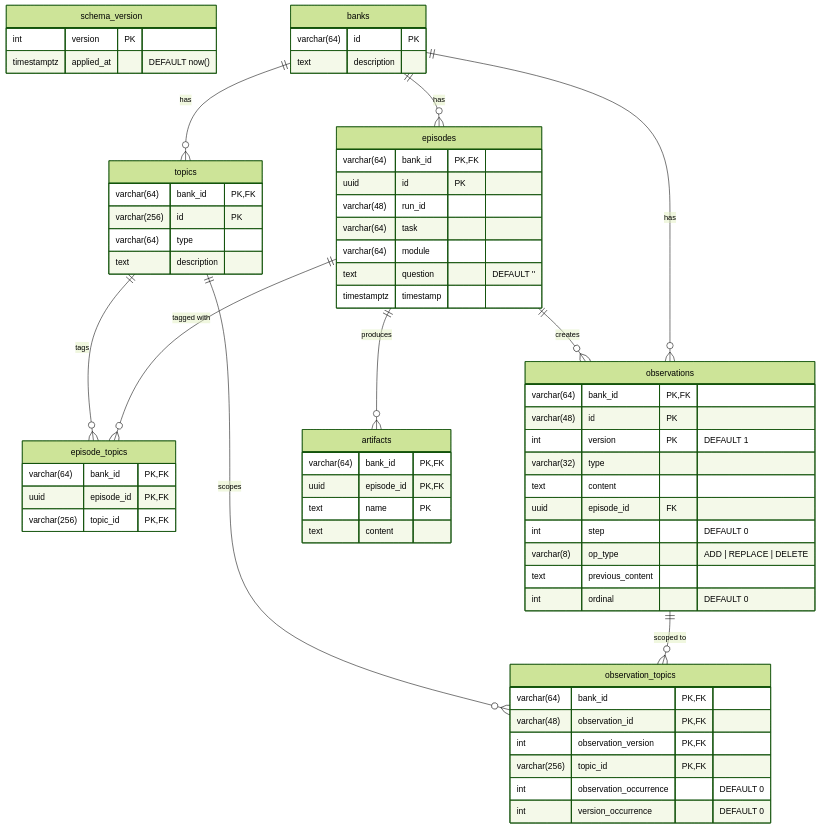
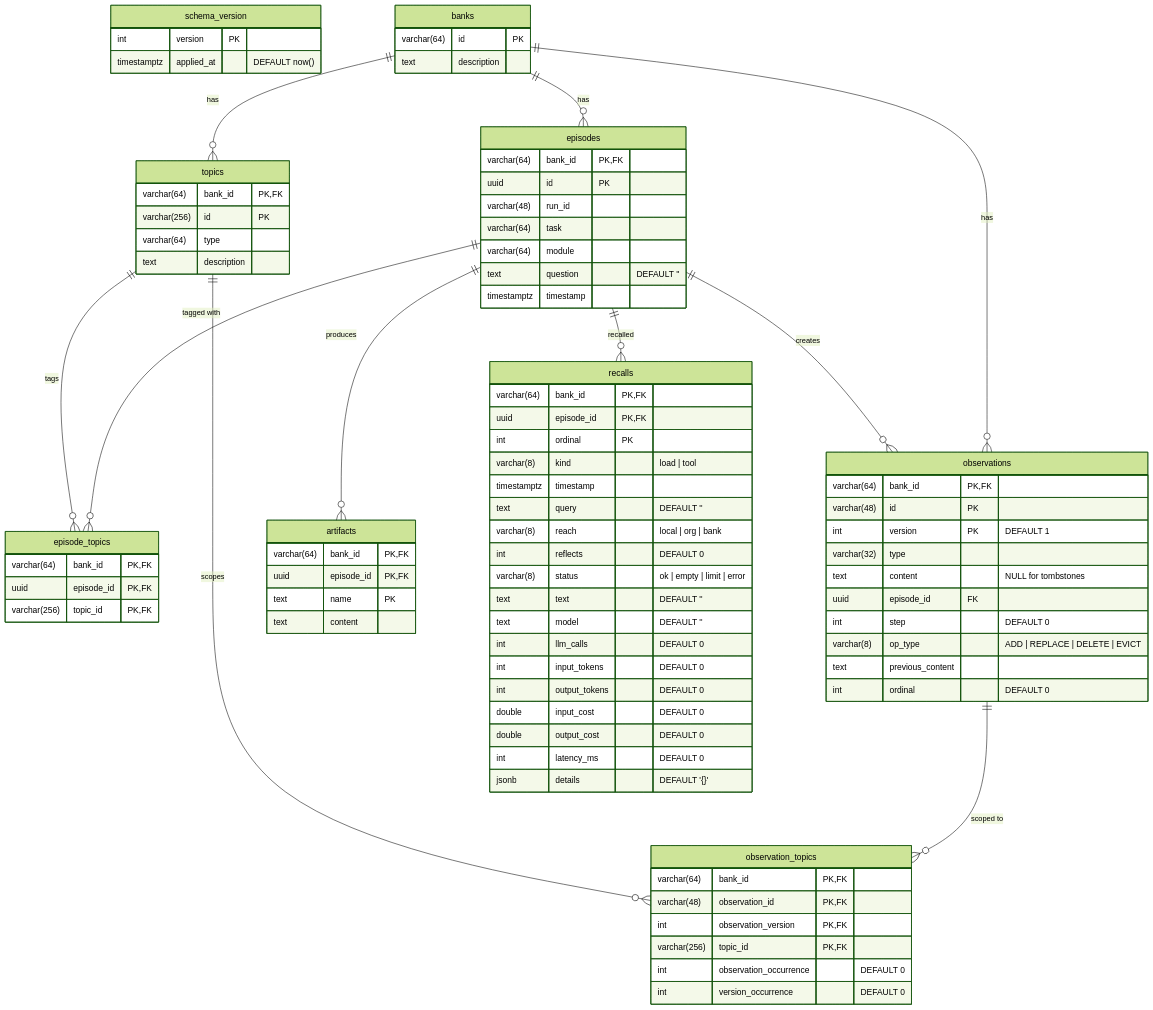
The diagram in docs/memory.md (khezen/codespy), drawn with Mermaid (forest theme) before and after one commit. The commit also changed other lines of this file and 32 other files, not shown here.

````diff
--- a/docs/memory.md
+++ b/docs/memory.md
@@ -112,10 +122,10 @@
         varchar(48) id PK
         int version PK "DEFAULT 1"
         varchar(32) type
-        text content
+        text content "NULL for tombstones"
         uuid episode_id FK
         int step "DEFAULT 0"
-        varchar(8) op_type "ADD | REPLACE | DELETE"
+        varchar(8) op_type "ADD | REPLACE | DELETE | EVICT"
         text previous_content
         int ordinal "DEFAULT 0"
     }
@@ -136,6 +146,27 @@
         text content
     }
 
+    recalls {
+        varchar(64) bank_id PK, FK
+        uuid episode_id PK, FK
+        int ordinal PK
+        varchar(8) kind "load | tool"
+        timestamptz timestamp
+        text query "DEFAULT ''"
+        varchar(8) reach "local | org | bank"
+        int reflects "DEFAULT 0"
+        varchar(8) status "ok | empty | limit | error"
+        text text "DEFAULT ''"
+        text model "DEFAULT ''"
+        int llm_calls "DEFAULT 0"
+        int input_tokens "DEFAULT 0"
+        int output_tokens "DEFAULT 0"
+        double input_cost "DEFAULT 0"
+        double output_cost "DEFAULT 0"
+        int latency_ms "DEFAULT 0"
+        jsonb details "DEFAULT '{}'"
+    }
+
     banks ||--o{ topics : "has"
     banks ||--o{ episodes : "has"
     banks ||--o{ observations : "has"
@@ -143,6 +174,7 @@
     topics ||--o{ episode_topics : "tags"
     episodes ||--o{ observations : "creates"
     episodes ||--o{ artifacts : "produces"
+    episodes ||--o{ recalls : "recalled"
     observations ||--o{ observation_topics : "scoped to"
     topics ||--o{ observation_topics : "scopes"
 ```
````
